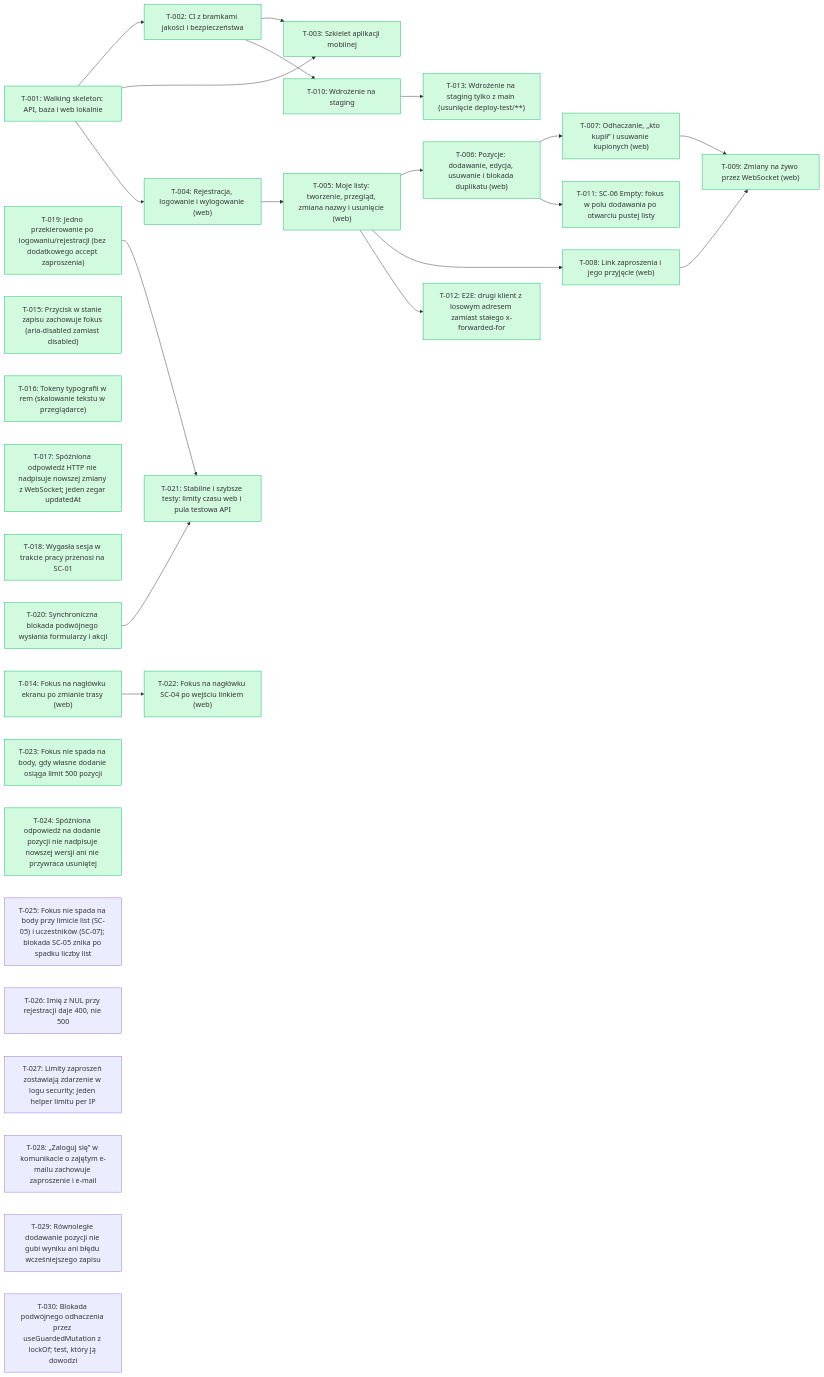
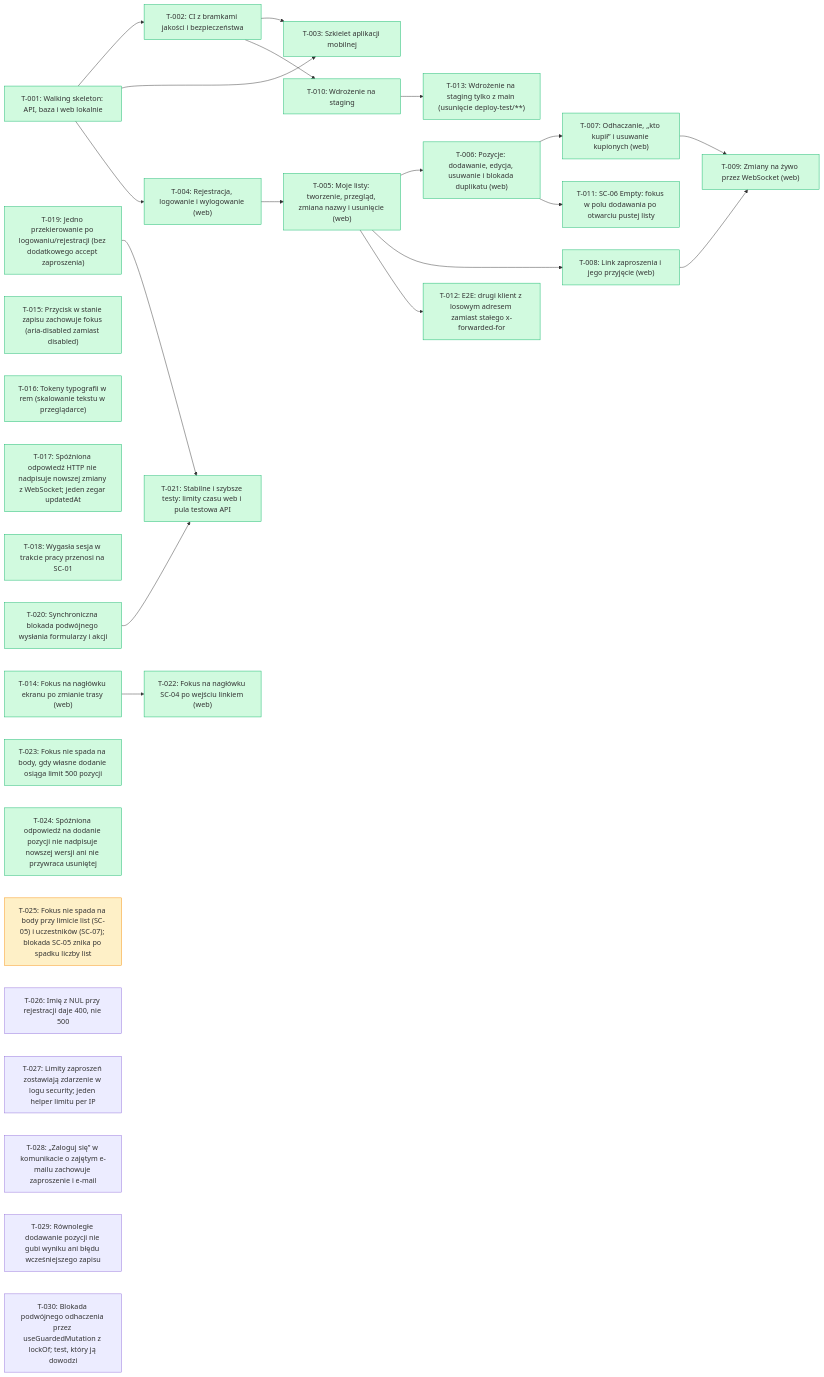
Before and after one commit to tombraz/lista-zakupow: the diagram in docs/backlog/index.md, drawn with Mermaid. The commit also changed other lines of this file and 1 other file, not shown here.

````diff
--- a/docs/backlog/index.md
+++ b/docs/backlog/index.md
@@ -22,54 +21,54 @@
 ```mermaid
 flowchart LR
   T_001["T-001: Walking skeleton: API, baza i web lokalnie"]:::done
   T_002["T-002: CI z bramkami jakości i bezpieczeństwa"]:::done
   T_003["T-003: Szkielet aplikacji mobilnej"]:::done
   T_004["T-004: Rejestracja, logowanie i wylogowanie (web)"]:::done
   T_005["T-005: Moje listy: tworzenie, przegląd, zmiana nazwy i usunięcie (web)"]:::done
   T_006["T-006: Pozycje: dodawanie, edycja, usuwanie i blokada duplikatu (web)"]:::done
   T_007["T-007: Odhaczanie, „kto kupił” i usuwanie kupionych (web)"]:::done
   T_008["T-008: Link zaproszenia i jego przyjęcie (web)"]:::done
   T_009["T-009: Zmiany na żywo przez WebSocket (web)"]:::done
   T_010["T-010: Wdrożenie na staging"]:::done
   T_011["T-011: SC-06 Empty: fokus w polu dodawania po otwarciu pustej listy"]:::done
   T_012["T-012: E2E: drugi klient z losowym adresem zamiast stałego x-forwarded-for"]:::done
   T_013["T-013: Wdrożenie na staging tylko z main (usunięcie deploy-test/**)"]:::done
   T_014["T-014: Fokus na nagłówku ekranu po zmianie trasy (web)"]:::done
   T_015["T-015: Przycisk w stanie zapisu zachowuje fokus (aria-disabled zamiast disabled)"]:::done
   T_016["T-016: Tokeny typografii w rem (skalowanie tekstu w przeglądarce)"]:::done
   T_017["T-017: Spóźniona odpowiedź HTTP nie nadpisuje nowszej zmiany z WebSocket; jeden zegar updatedAt"]:::done
   T_018["T-018: Wygasła sesja w trakcie pracy przenosi na SC-01"]:::done
   T_019["T-019: Jedno przekierowanie po logowaniu/rejestracji (bez dodatkowego accept zaproszenia)"]:::done
   T_020["T-020: Synchroniczna blokada podwójnego wysłania formularzy i akcji"]:::done
   T_021["T-021: Stabilne i szybsze testy: limity czasu web i pula testowa API"]:::done
   T_022["T-022: Fokus na nagłówku SC-04 po wejściu linkiem (web)"]:::done
   T_023["T-023: Fokus nie spada na body, gdy własne dodanie osiąga limit 500 pozycji"]:::done
   T_024["T-024: Spóźniona odpowiedź na dodanie pozycji nie nadpisuje nowszej wersji ani nie przywraca usuniętej"]:::done
-  T_025["T-025: Fokus nie spada na body przy limicie list (SC-05) i uczestników (SC-07); blokada SC-05 znika po spadku liczby list"]
+  T_025["T-025: Fokus nie spada na body przy limicie list (SC-05) i uczestników (SC-07); blokada SC-05 znika po spadku liczby list"]:::wip
   T_026["T-026: Imię z NUL przy rejestracji daje 400, nie 500"]
   T_027["T-027: Limity zaproszeń zostawiają zdarzenie w logu security; jeden helper limitu per IP"]
   T_028["T-028: „Zaloguj się” w komunikacie o zajętym e-mailu zachowuje zaproszenie i e-mail"]
   T_029["T-029: Równoległe dodawanie pozycji nie gubi wyniku ani błędu wcześniejszego zapisu"]
   T_030["T-030: Blokada podwójnego odhaczenia przez useGuardedMutation z lockOf; test, który ją dowodzi"]
   T_001 --> T_002
   T_001 --> T_003
   T_002 --> T_003
   T_001 --> T_004
   T_004 --> T_005
   T_005 --> T_006
   T_006 --> T_007
   T_005 --> T_008
   T_007 --> T_009
   T_008 --> T_009
   T_002 --> T_010
   T_006 --> T_011
   T_005 --> T_012
   T_010 --> T_013
   T_019 --> T_021
   T_020 --> T_021
   T_014 --> T_022
   classDef done fill:#d1fadf,stroke:#12b76a
   classDef wip fill:#fef0c7,stroke:#f79009
   classDef qa fill:#e0eaff,stroke:#2970ff
   classDef blocked fill:#fee4e2,stroke:#f04438
 ```
````
